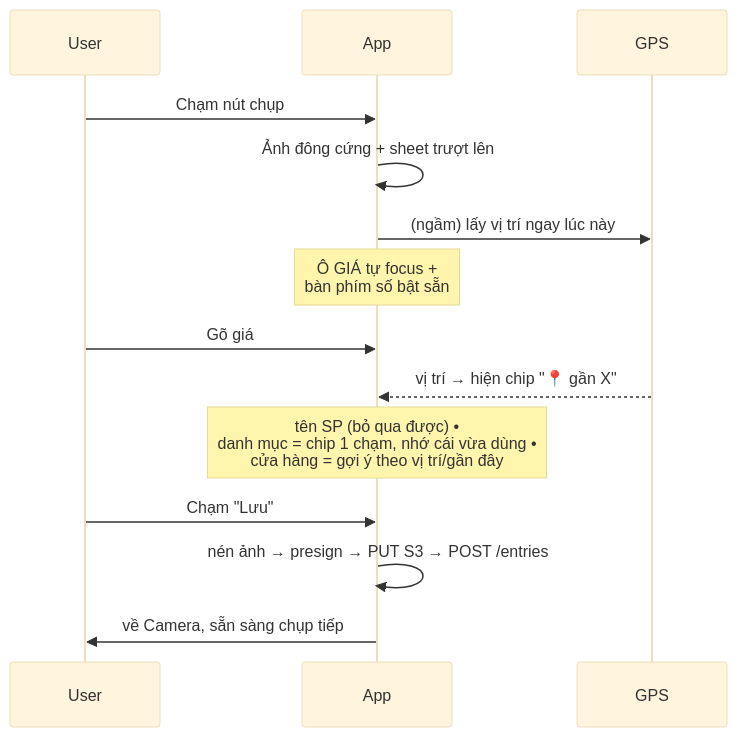
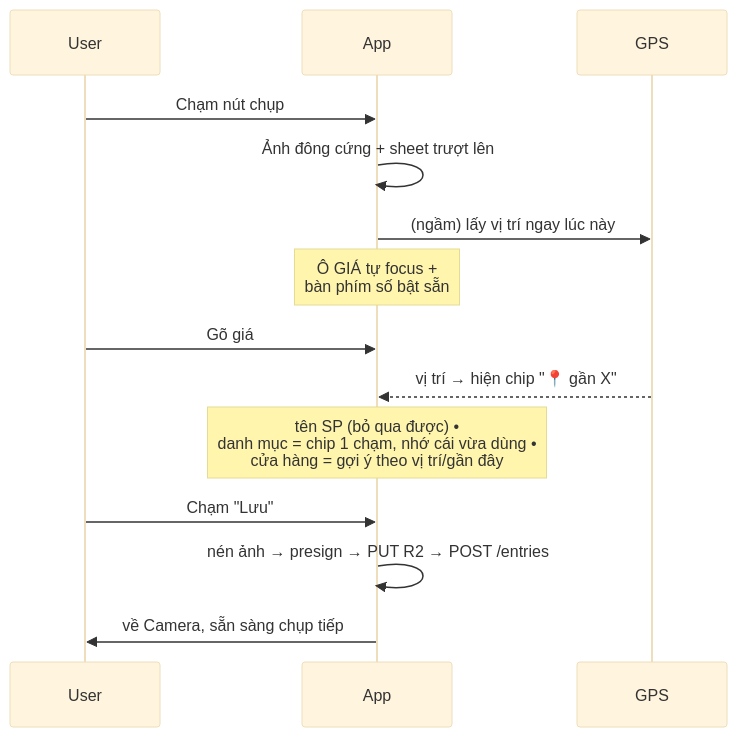
The sixth of 11 diagrams in DESIGN.md (truongpnhattien0299/price-tracker), drawn with Mermaid (base theme) before and after one commit. The commit also changed other lines of this file and 3 other files, not shown here.

````diff
--- a/DESIGN.md
+++ b/DESIGN.md
@@ -345,17 +345,17 @@
 ```mermaid
 sequenceDiagram
     participant U as User
     participant App
     participant GPS
 
     U->>App: Chạm nút chụp
     App->>App: Ảnh đông cứng + sheet trượt lên
     App->>GPS: (ngầm) lấy vị trí ngay lúc này
     Note over App: Ô GIÁ tự focus +<br/>bàn phím số bật sẵn
     U->>App: Gõ giá
     GPS-->>App: vị trí → hiện chip "📍 gần X"
     Note over App: tên SP (bỏ qua được) •<br/>danh mục = chip 1 chạm, nhớ cái vừa dùng •<br/>cửa hàng = gợi ý theo vị trí/gần đây
     U->>App: Chạm "Lưu"
-    App->>App: nén ảnh → presign → PUT S3 → POST /entries
+    App->>App: nén ảnh → presign → PUT R2 → POST /entries
     App->>U: về Camera, sẵn sàng chụp tiếp
 ```
````
